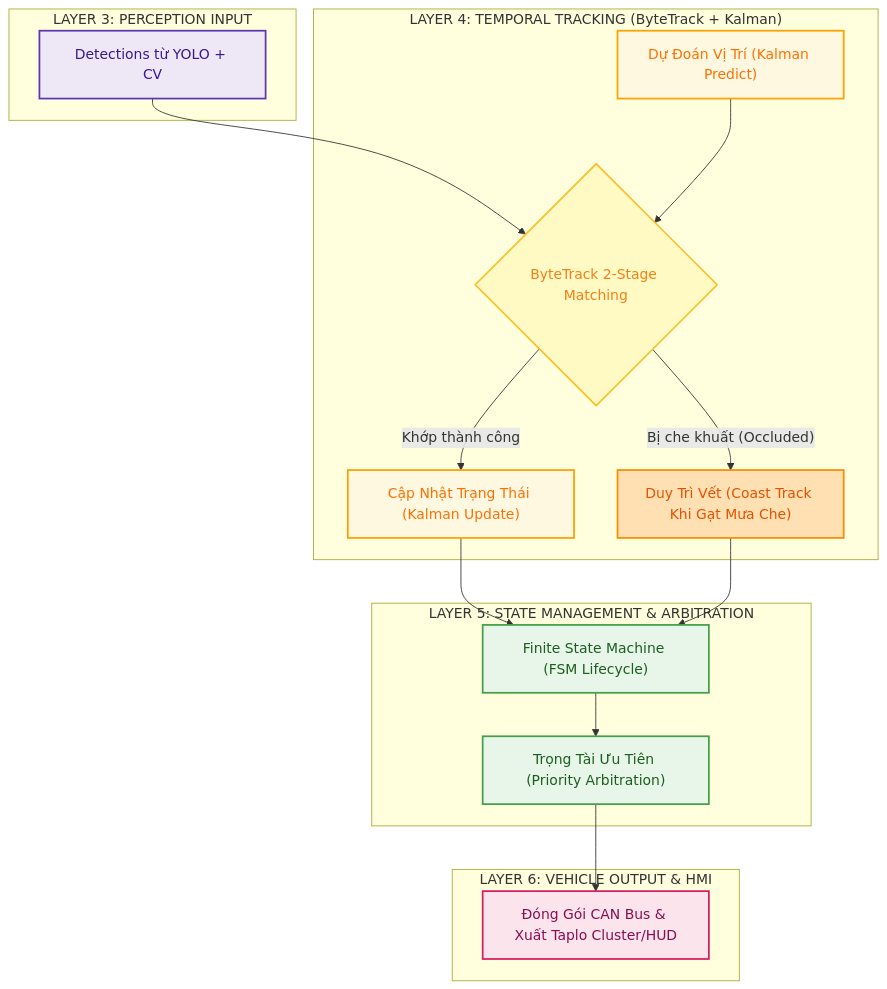
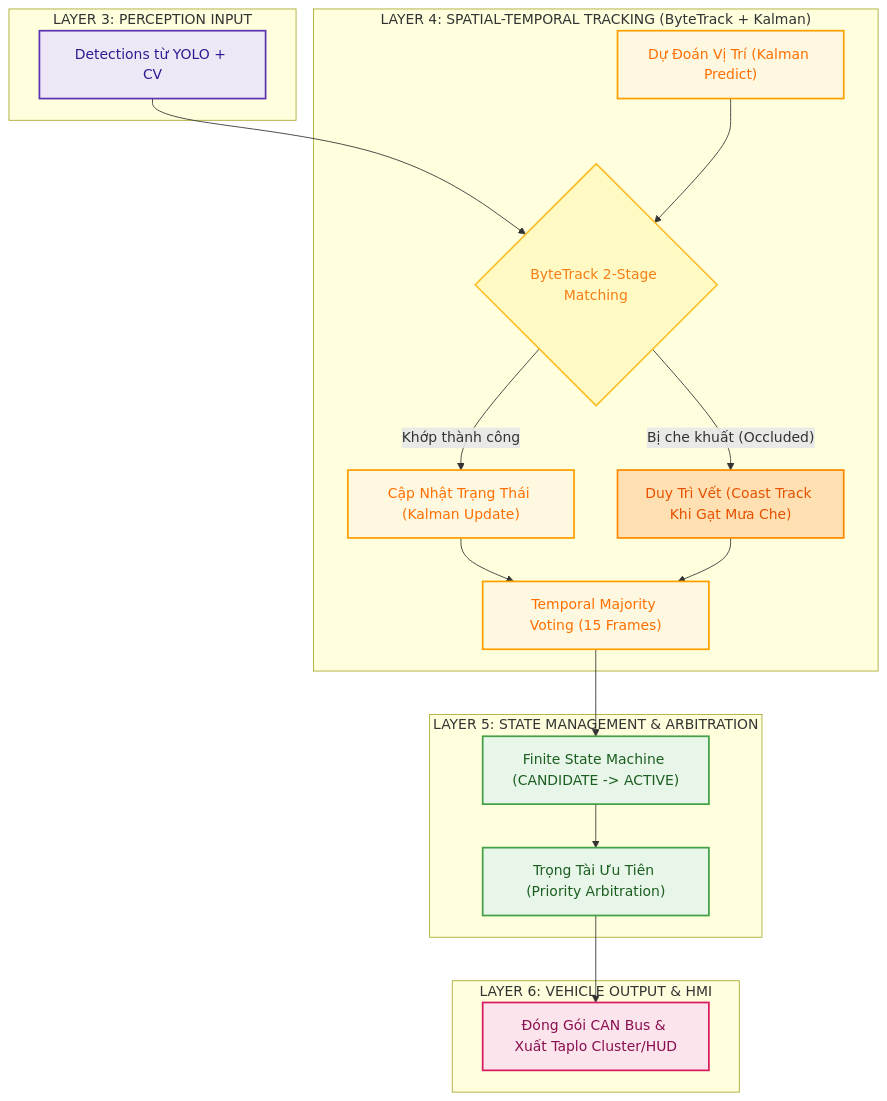
Before and after one commit to LeNguyenHaiDuong/adas-tsr: the first of 6 diagrams in research/3.implementation/02.state_manager_and_hmi.md, drawn with Mermaid. The commit also changed other lines of this file and 13 other files, not shown here.

````diff
--- a/research/3.implementation/02.state_manager_and_hmi.md
+++ b/research/3.implementation/02.state_manager_and_hmi.md
@@ -75,38 +75,40 @@
 ```mermaid
 flowchart TD
     classDef layerPerception fill:#EDE7F6,stroke:#5E35B1,stroke-width:2px,color:#311B92
     classDef layerTracking fill:#FFF8E1,stroke:#FFA000,stroke-width:2px,color:#FF6F00
     classDef layerState fill:#E8F5E9,stroke:#43A047,stroke-width:2px,color:#1B5E20
     classDef layerOutput fill:#FCE4EC,stroke:#D81B60,stroke-width:2px,color:#880E4F
     classDef nodeDecision fill:#FFF9C4,stroke:#FBC02D,stroke-width:2px,color:#F57F17
     classDef nodeDegraded fill:#FFE0B2,stroke:#FB8C00,stroke-width:2px,color:#E65100
 
     subgraph L3 ["LAYER 3: PERCEPTION INPUT"]
         D1["Detections từ YOLO + CV"]:::layerPerception
     end
 
-    subgraph L4 ["LAYER 4: TEMPORAL TRACKING (ByteTrack + Kalman)"]
+    subgraph L4 ["LAYER 4: SPATIAL-TEMPORAL TRACKING (ByteTrack + Kalman)"]
         BT{"ByteTrack 2-Stage Matching"}:::nodeDecision
         KF["Dự Đoán Vị Trí (Kalman Predict)"]:::layerTracking
         KF_UPD["Cập Nhật Trạng Thái (Kalman Update)"]:::layerTracking
         KF_COAST["Duy Trì Vết (Coast Track Khi Gạt Mưa Che)"]:::nodeDegraded
+        VOTE["Temporal Majority Voting (15 Frames)"]:::layerTracking
     end
 
     subgraph L5 ["LAYER 5: STATE MANAGEMENT & ARBITRATION"]
-        FSM["Finite State Machine (FSM Lifecycle)"]:::layerState
+        FSM["Finite State Machine (CANDIDATE -> ACTIVE)"]:::layerState
         ARB["Trọng Tài Ưu Tiên (Priority Arbitration)"]:::layerState
     end
 
     subgraph L6 ["LAYER 6: VEHICLE OUTPUT & HMI"]
         HMI_CAN["Đóng Gói CAN Bus & Xuất Taplo Cluster/HUD"]:::layerOutput
     end
 
     D1 --> BT
     KF --> BT
     BT -- "Khớp thành công" --> KF_UPD
     BT -- "Bị che khuất (Occluded)" --> KF_COAST
-    KF_UPD --> FSM
-    KF_COAST --> FSM
+    KF_UPD --> VOTE
+    KF_COAST --> VOTE
+    VOTE --> FSM
     FSM --> ARB
     ARB --> HMI_CAN
 ```
````
